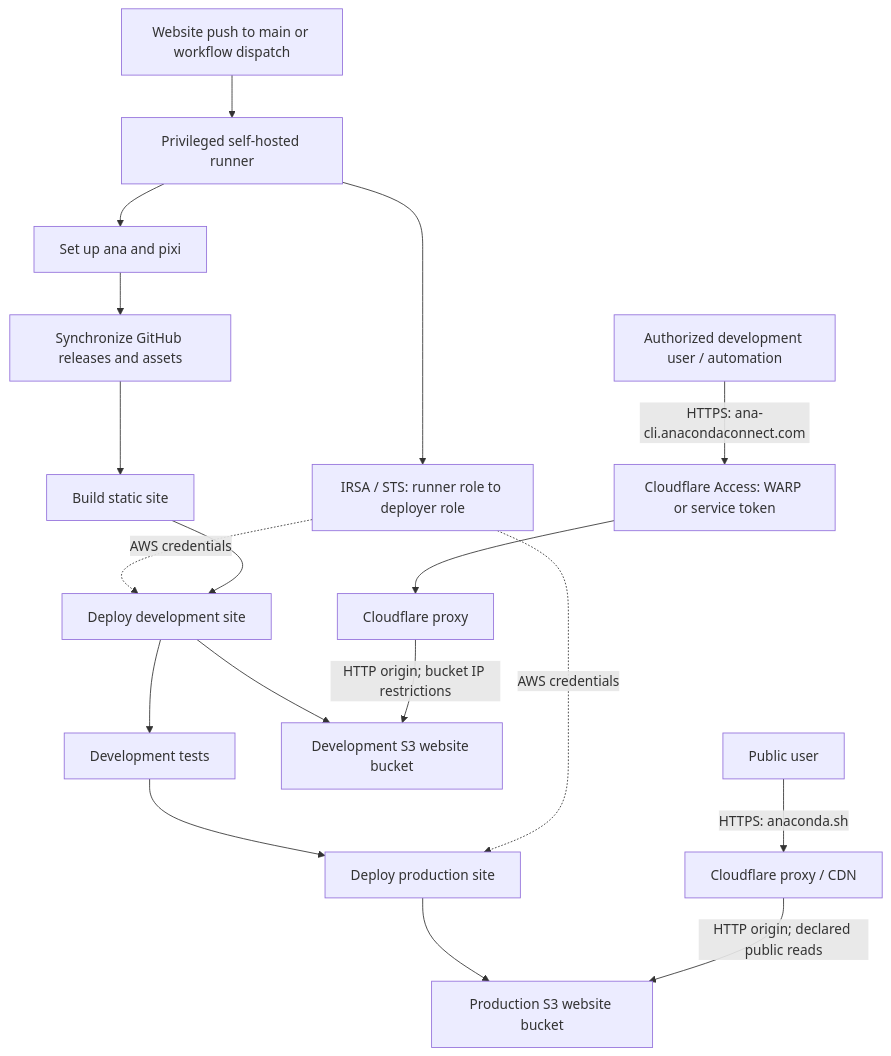
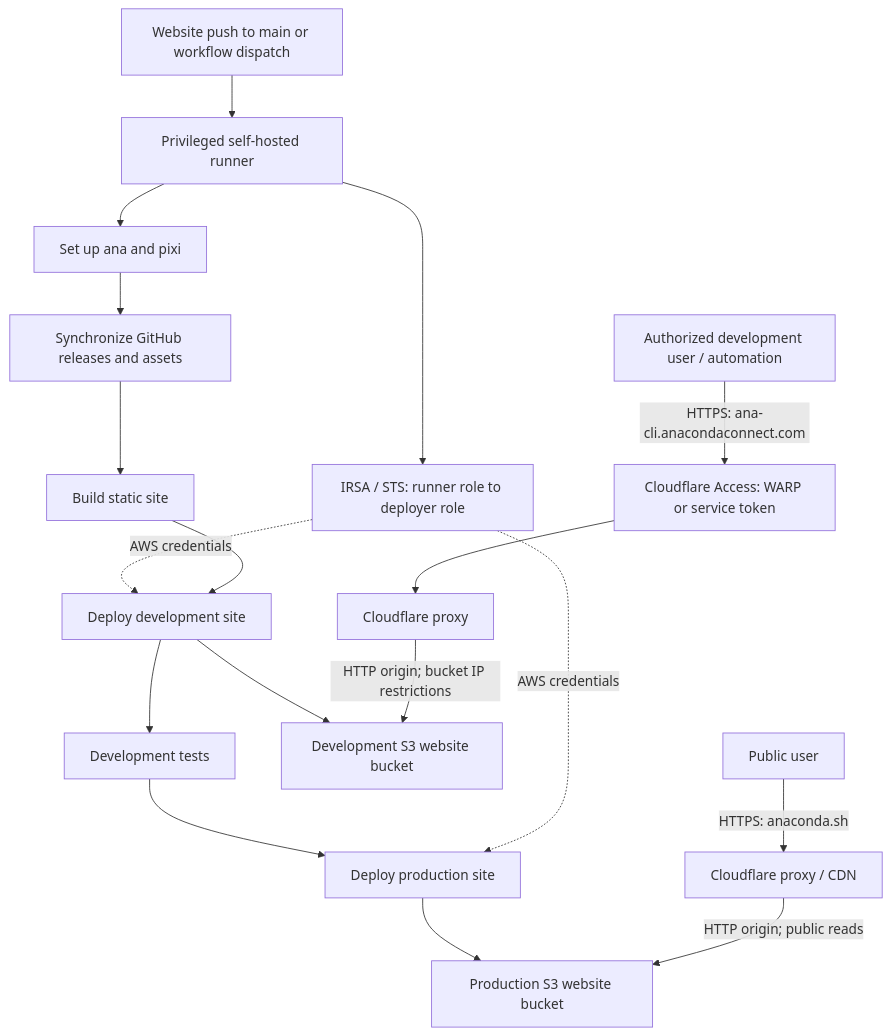
The fourth of 5 diagrams in docs/architecture.md (anaconda/anaconda-cli), drawn with Mermaid before and after one commit. The commit also changed other lines of this file, not shown here.

Commit message:
docs: Make architecture documentation evergreen

````diff
--- a/docs/architecture.md
+++ b/docs/architecture.md
@@ -190,20 +184,20 @@
 ```mermaid
 flowchart TB
     TRIGGER["Website push to main or workflow dispatch"] --> RUNNER["Privileged self-hosted runner"]
     RUNNER --> IDENTITY["IRSA / STS: runner role to deployer role"]
     RUNNER --> PREP["Set up ana and pixi"]
     PREP --> SYNC["Synchronize GitHub releases and assets"]
     SYNC --> BUILD["Build static site"]
     IDENTITY -.->|"AWS credentials"| DEVDEPLOY["Deploy development site"]
     BUILD --> DEVDEPLOY
     DEVDEPLOY --> CHECK["Development tests"]
     CHECK --> PRODDEPLOY["Deploy production site"]
     IDENTITY -.->|"AWS credentials"| PRODDEPLOY
     DEVDEPLOY --> DEVBUCKET["Development S3 website bucket"]
     PRODDEPLOY --> PRODBUCKET["Production S3 website bucket"]
     DEVUSER["Authorized development user / automation"] -->|"HTTPS: ana-cli.anacondaconnect.com"| ACCESS["Cloudflare Access: WARP or service token"]
     ACCESS --> DEVEDGE["Cloudflare proxy"]
     DEVEDGE -->|"HTTP origin; bucket IP restrictions"| DEVBUCKET
     PUBLICUSER["Public user"] -->|"HTTPS: anaconda.sh"| PRODEDGE["Cloudflare proxy / CDN"]
-    PRODEDGE -->|"HTTP origin; declared public reads"| PRODBUCKET
+    PRODEDGE -->|"HTTP origin; public reads"| PRODBUCKET
 ```
````
